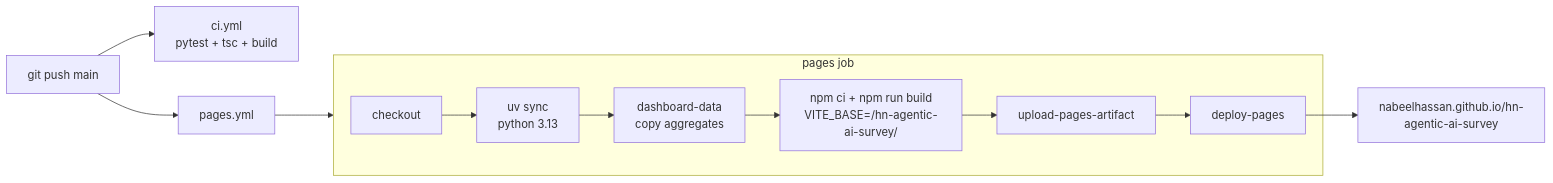
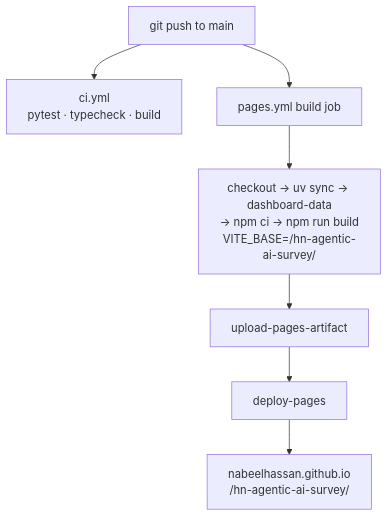
Before and after one commit to Nabeelhassan/hn-agentic-ai-survey: the seventh of 8 diagrams in docs/ARCHITECTURE.md, drawn with Mermaid. The commit also changed other lines of this file, not shown here.

First line of the commit message:
docs: redraw the pipeline and deploy diagrams top-down

````diff
--- a/docs/ARCHITECTURE.md
+++ b/docs/ARCHITECTURE.md
@@ -467,14 +449,9 @@
 ```mermaid
-flowchart LR
-  DEV["git push main"] --> CI["ci.yml<br/>pytest + tsc + build"]
-  DEV --> PAGES["pages.yml"]
-  subgraph PAGESJOB["pages job"]
-    P1["checkout"] --> P2["uv sync<br/>python 3.13"]
-    P2 --> P3["dashboard-data<br/>copy aggregates"]
-    P3 --> P4["npm ci + npm run build<br/>VITE_BASE=/hn-agentic-ai-survey/"]
-    P4 --> P5["upload-pages-artifact"]
-    P5 --> P6["deploy-pages"]
-  end
-  PAGES --> PAGESJOB
-  P6 --> LIVE["nabeelhassan.github.io/hn-agentic-ai-survey"]
+flowchart TD
+  PUSH["git push to main"] --> CI["ci.yml<br/>pytest · typecheck · build"]
+  PUSH --> BUILD["pages.yml build job"]
+  BUILD --> STEPS["checkout → uv sync → dashboard-data<br/>→ npm ci → npm run build<br/>VITE_BASE=/hn-agentic-ai-survey/"]
+  STEPS --> ART["upload-pages-artifact"]
+  ART --> DEPLOY["deploy-pages"]
+  DEPLOY --> LIVE["nabeelhassan.github.io<br/>/hn-agentic-ai-survey/"]
 ```
````
